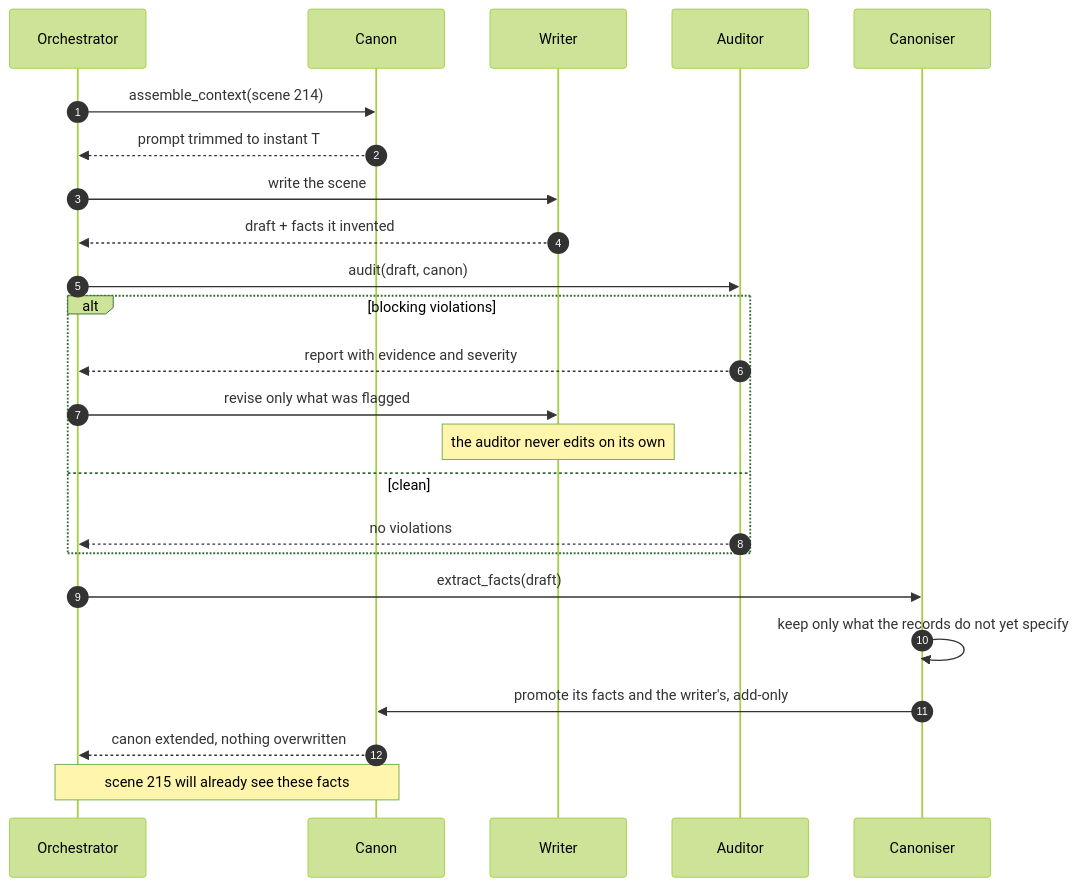
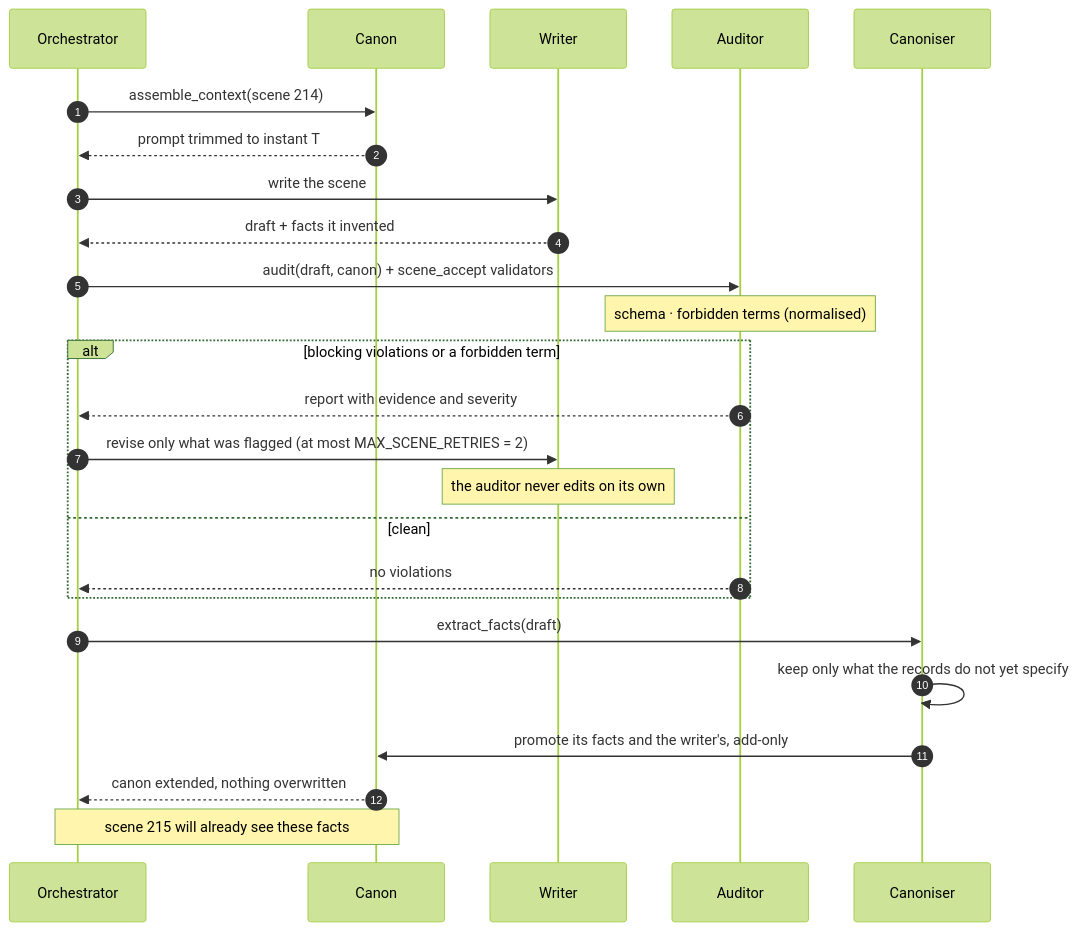
Before and after one commit to ignacio-hurtado-qaracter/My-Story-Marker: the fifth of 6 diagrams in docs/architecture.md, drawn with Mermaid (forest theme). The commit also changed other lines of this file, not shown here.

First line of the commit message:
docs: architecture adds the brief, the authoritative database and the novel flow

````diff
--- a/docs/architecture.md
+++ b/docs/architecture.md
@@ -518,29 +698,30 @@
 ```mermaid
 sequenceDiagram
   autonumber
   participant O as Orchestrator
   participant K as Canon
   participant W as Writer
   participant A as Auditor
   participant C as Canoniser
 
   O->>K: assemble_context(scene 214)
   K-->>O: prompt trimmed to instant T
   O->>W: write the scene
   W-->>O: draft + facts it invented
-  O->>A: audit(draft, canon)
+  O->>A: audit(draft, canon) + scene_accept validators
+  Note over A: schema · forbidden terms (normalised)
 
-  alt blocking violations
+  alt blocking violations or a forbidden term
     A-->>O: report with evidence and severity
-    O->>W: revise only what was flagged
+    O->>W: revise only what was flagged (at most MAX_SCENE_RETRIES = 2)
     Note over W: the auditor never edits on its own
   else clean
     A-->>O: no violations
   end
 
   O->>C: extract_facts(draft)
   C->>C: keep only what the records do not yet specify
   C->>K: promote its facts and the writer's, add-only
   K-->>O: canon extended, nothing overwritten
   Note over O,K: scene 215 will already see these facts
 ```
````
